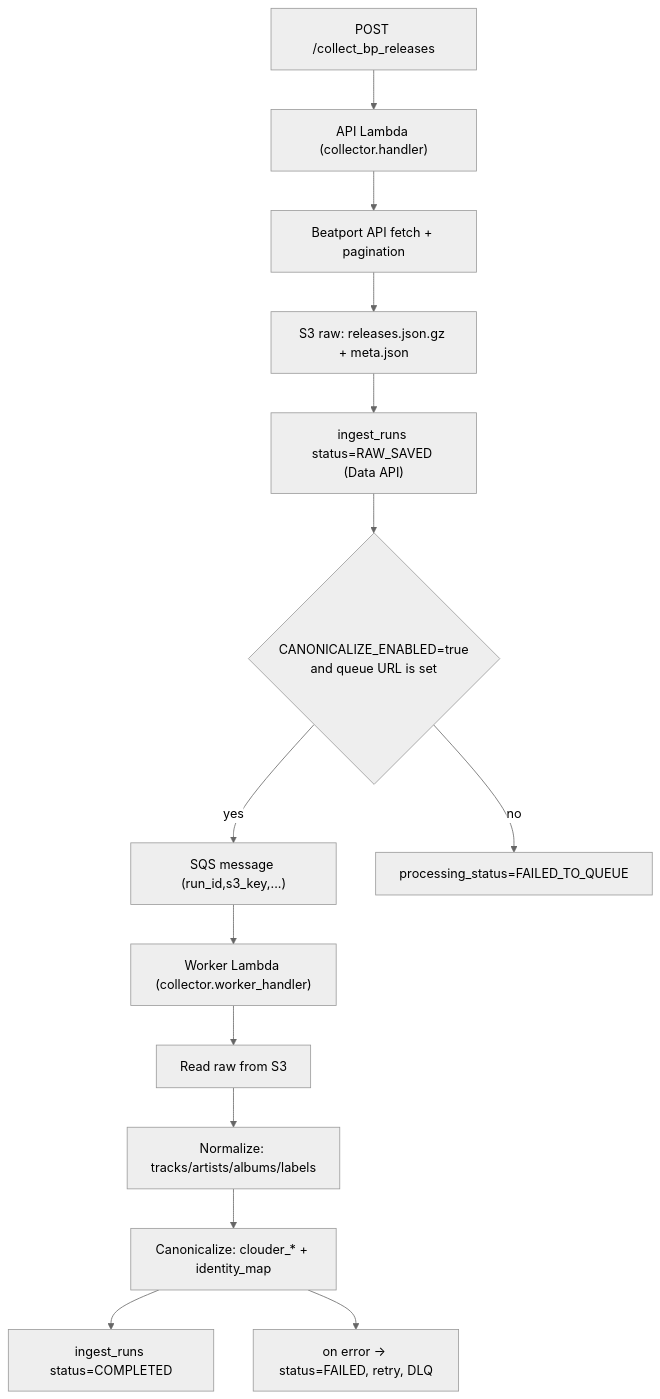
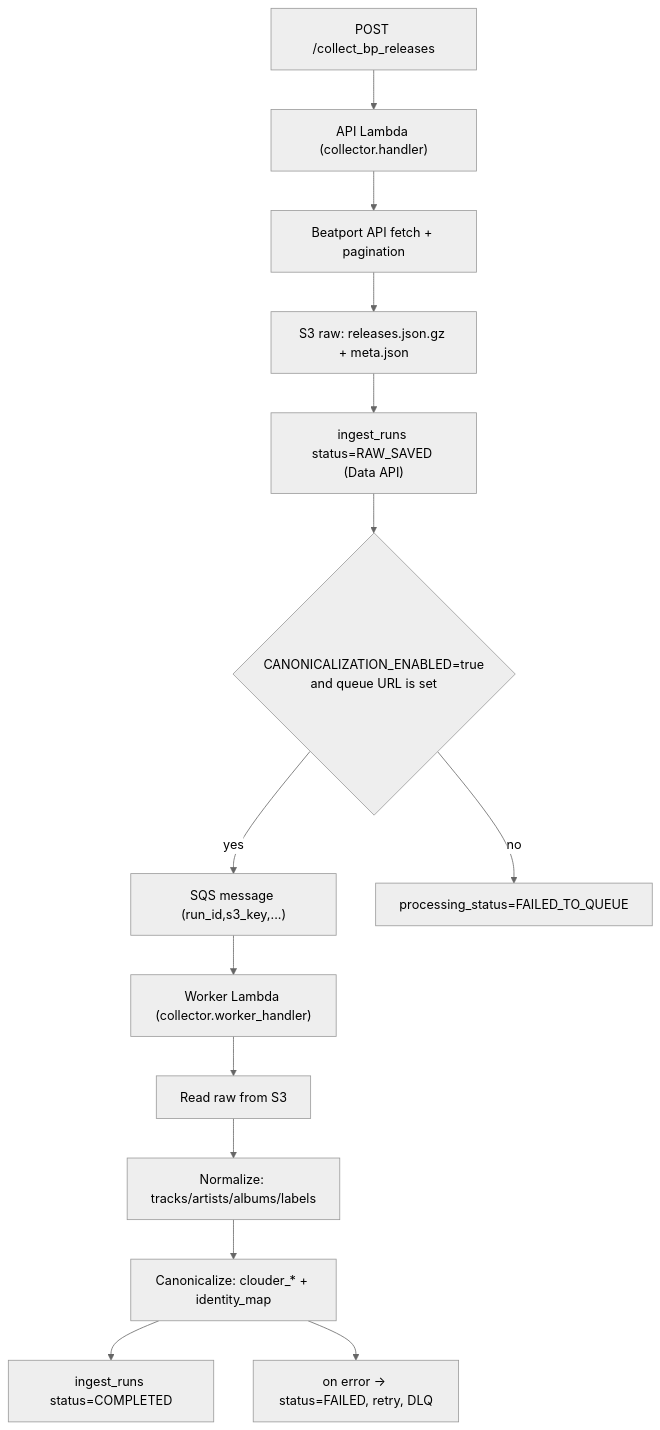
One commit to tarodo/clouder-core changed the diagram in README.md. Above: the diagram before and after it, drawn with Mermaid (neutral theme). The commit also changed other lines of this file and 32 other files, not shown here.

````diff
--- a/README.md
+++ b/README.md
@@ -9,16 +9,16 @@
 ```mermaid
 flowchart TD
     A["POST /collect_bp_releases"] --> B["API Lambda (collector.handler)"]
     B --> C["Beatport API fetch + pagination"]
     C --> D["S3 raw: releases.json.gz + meta.json"]
     D --> E["ingest_runs status=RAW_SAVED (Data API)"]
-    E --> F{"CANONICALIZE_ENABLED=true\nand queue URL is set"}
+    E --> F{"CANONICALIZATION_ENABLED=true\nand queue URL is set"}
     F -- yes --> G["SQS message (run_id,s3_key,...)"]
     F -- no --> H["processing_status=FAILED_TO_QUEUE"]
     G --> I["Worker Lambda (collector.worker_handler)"]
     I --> J["Read raw from S3"]
     J --> K["Normalize: tracks/artists/albums/labels"]
     K --> L["Canonicalize: clouder_* + identity_map"]
     L --> M["ingest_runs status=COMPLETED"]
     L --> N["on error -> status=FAILED, retry, DLQ"]
 ```
````
